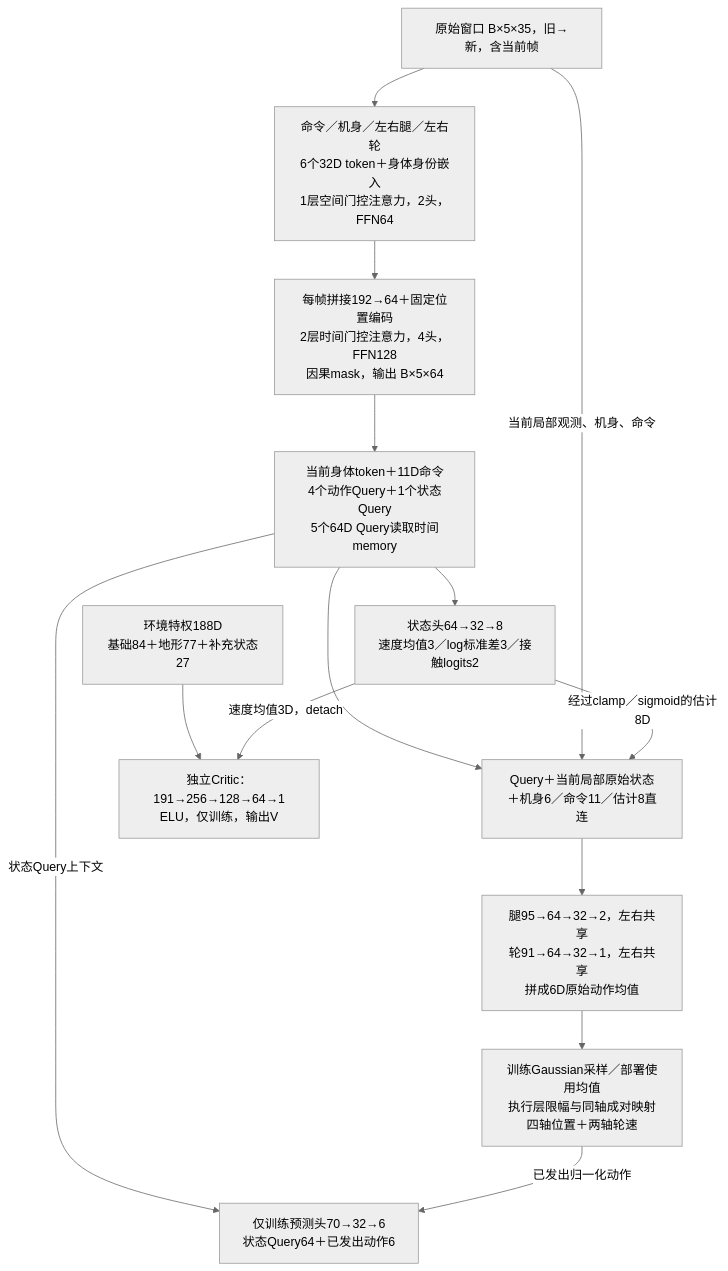
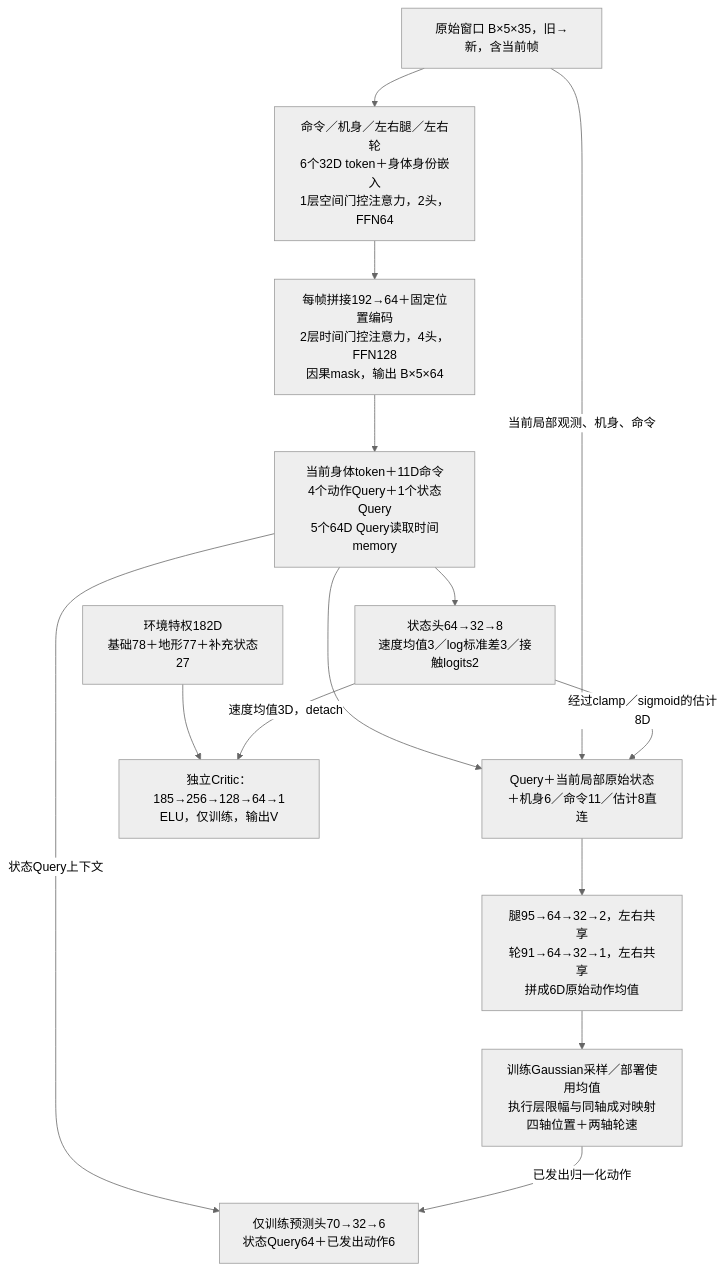
The diagram in docs/NETWORK.md (Yukikaze2233/transformer_rl), drawn with Mermaid (neutral theme) before and after one commit. The commit also changed other lines of this file and 7 other files, not shown here.

````diff
--- a/docs/NETWORK.md
+++ b/docs/NETWORK.md
@@ -22,24 +22,24 @@
 ```mermaid
 flowchart TD
     H["原始窗口 B×5×35，旧→新，含当前帧"]
     S["命令／机身／左右腿／左右轮<br/>6个32D token＋身体身份嵌入<br/>1层空间门控注意力，2头，FFN64"]
     T["每帧拼接192→64＋固定位置编码<br/>2层时间门控注意力，4头，FFN128<br/>因果mask，输出 B×5×64"]
     Q["当前身体token＋11D命令<br/>4个动作Query＋1个状态Query<br/>5个64D Query读取时间memory"]
     E["状态头64→32→8<br/>速度均值3／log标准差3／接触logits2"]
     D["Query＋当前局部原始状态<br/>＋机身6／命令11／估计8直连"]
     A["腿95→64→32→2，左右共享<br/>轮91→64→32→1，左右共享<br/>拼成6D原始动作均值"]
     C["训练Gaussian采样／部署使用均值<br/>执行层限幅与同轴成对映射<br/>四轴位置＋两轴轮速"]
-    X["环境特权188D<br/>基础84＋地形77＋补充状态27"]
-    V["独立Critic：191→256→128→64→1<br/>ELU，仅训练，输出V"]
+    X["环境特权182D<br/>基础78＋地形77＋补充状态27"]
+    V["独立Critic：185→256→128→64→1<br/>ELU，仅训练，输出V"]
     N["仅训练预测头70→32→6<br/>状态Query64＋已发出动作6"]
     H --> S --> T --> Q
     Q --> E
     Q --> D
     H -->|"当前局部观测、机身、命令"| D
     E -->|"经过clamp／sigmoid的估计8D"| D
     D --> A --> C
     X --> V
     E -->|"速度均值3D，detach"| V
     Q -->|"状态Query上下文"| N
     C -->|"已发出归一化动作"| N
 ```
````
